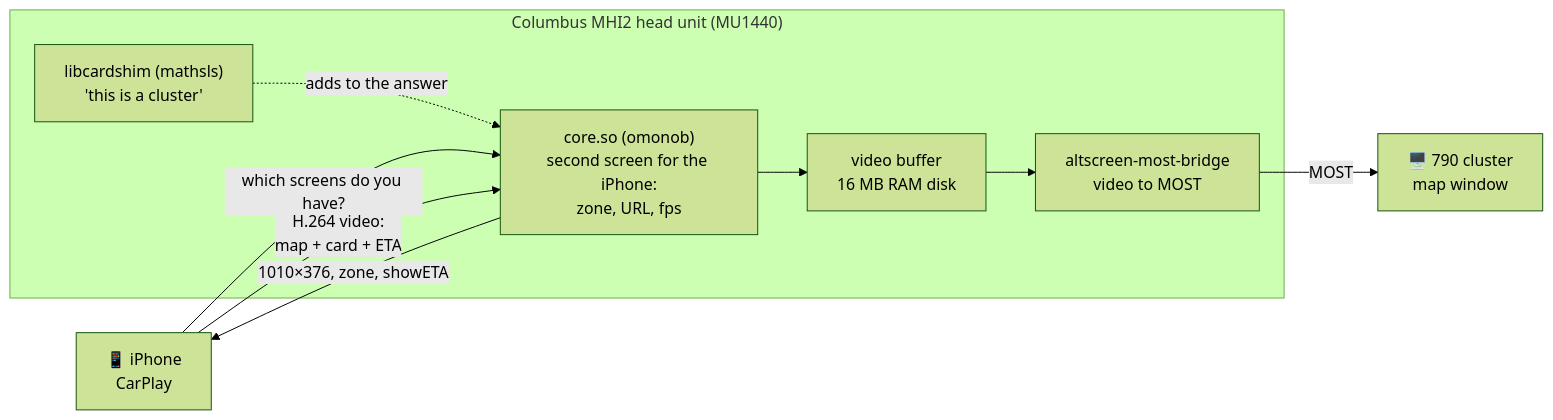
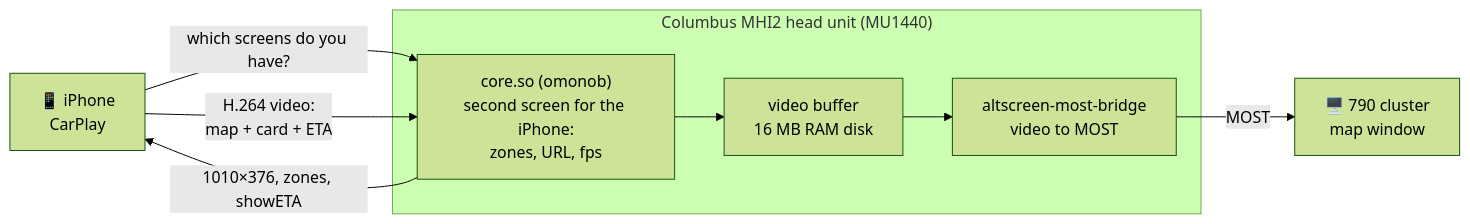
Before and after one commit to sli25555-spec/MHI2-Carplay-Maps-790: the first of 2 diagrams in README.md, drawn with Mermaid (forest theme). The commit also changed other lines of this file and 84 other files, not shown here.

````diff
--- a/README.md
+++ b/README.md
@@ -157,16 +137,14 @@
 ```mermaid
 flowchart LR
     phone["📱 iPhone<br/>CarPlay"]
     subgraph unit["Columbus MHI2 head unit (MU1440)"]
-        core["core.so (omonob)<br/>second screen for the iPhone:<br/>zone, URL, fps"]
-        shim["libcardshim (mathsls)<br/>'this is a cluster'"]
+        core["core.so (omonob)<br/>second screen for the iPhone:<br/>zones, URL, fps"]
         ring["video buffer<br/>16 MB RAM disk"]
         bridge["altscreen-most-bridge<br/>video to MOST"]
     end
     cluster["🖥️ 790 cluster<br/>map window"]
     phone -- "which screens do you have?" --> core
-    shim -.->|"adds to the answer"| core
-    core -- "1010×376, zone, showETA" --> phone
+    core -- "1010×376, zones, showETA" --> phone
     phone -- "H.264 video:<br/>map + card + ETA" --> core
     core --> ring --> bridge -- "MOST" --> cluster
 ```
````
